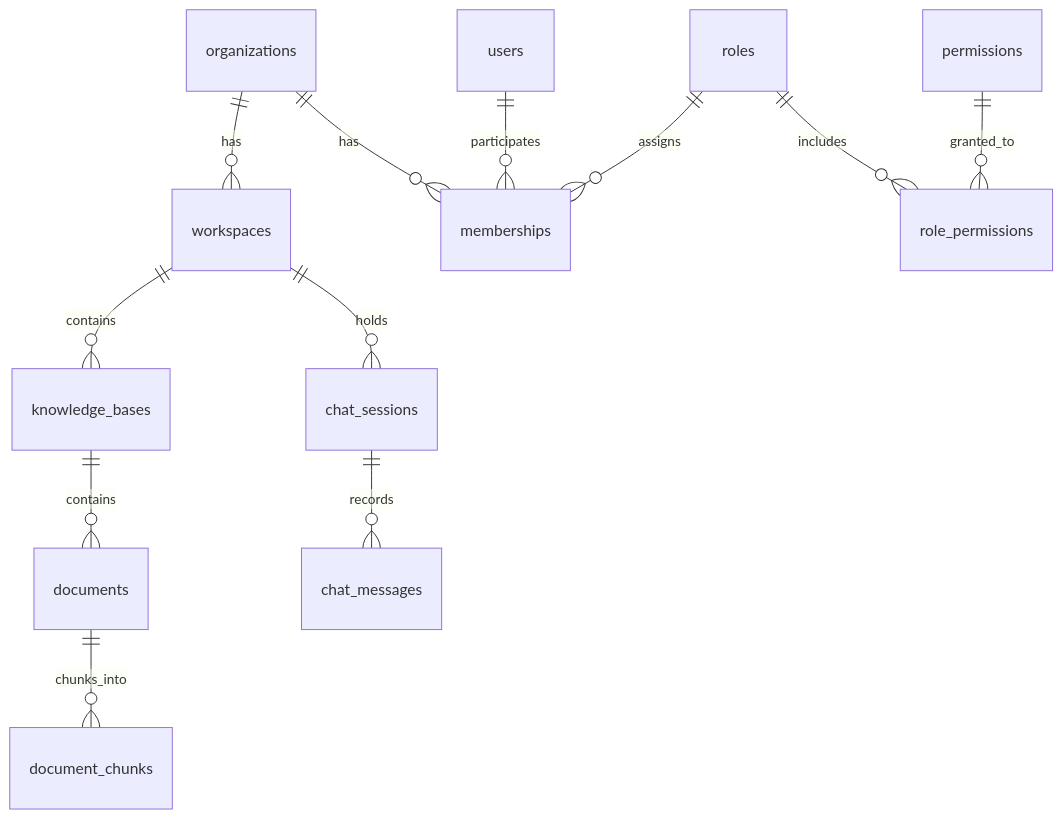
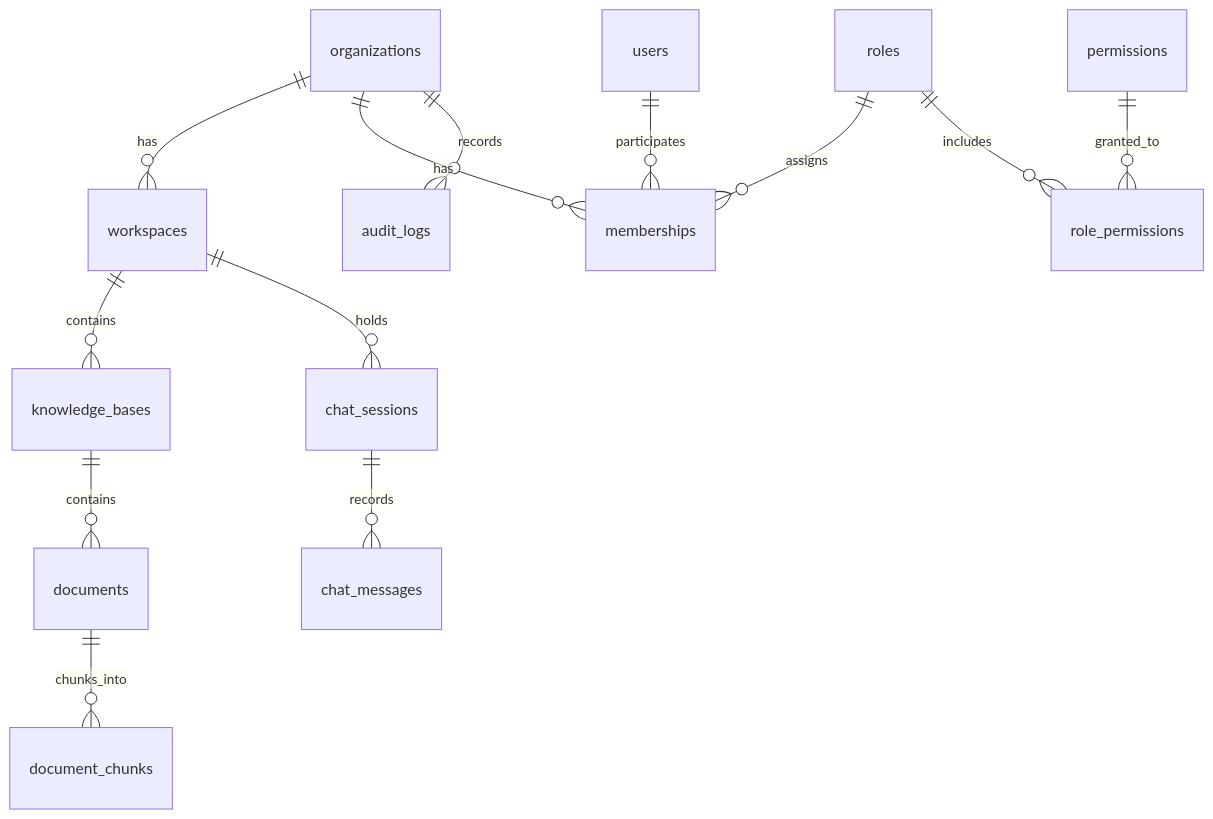
The first of 2 diagrams in knowledge-base/README.md (chasingboy95/ai-knowledge-hub), drawn with Mermaid before and after one commit. The commit also changed other lines of this file and 21 other files, not shown here.

````diff
--- a/knowledge-base/README.md
+++ b/knowledge-base/README.md
@@ -70,14 +74,15 @@
 ```mermaid
 erDiagram
     organizations ||--o{ workspaces : "has"
     organizations ||--o{ memberships : "has"
+    organizations ||--o{ audit_logs : "records"
     users ||--o{ memberships : "participates"
     roles ||--o{ memberships : "assigns"
     roles ||--o{ role_permissions : "includes"
     permissions ||--o{ role_permissions : "granted_to"
     workspaces ||--o{ knowledge_bases : "contains"
     knowledge_bases ||--o{ documents : "contains"
     documents ||--o{ document_chunks : "chunks_into"
     workspaces ||--o{ chat_sessions : "holds"
     chat_sessions ||--o{ chat_messages : "records"
 ```
````
